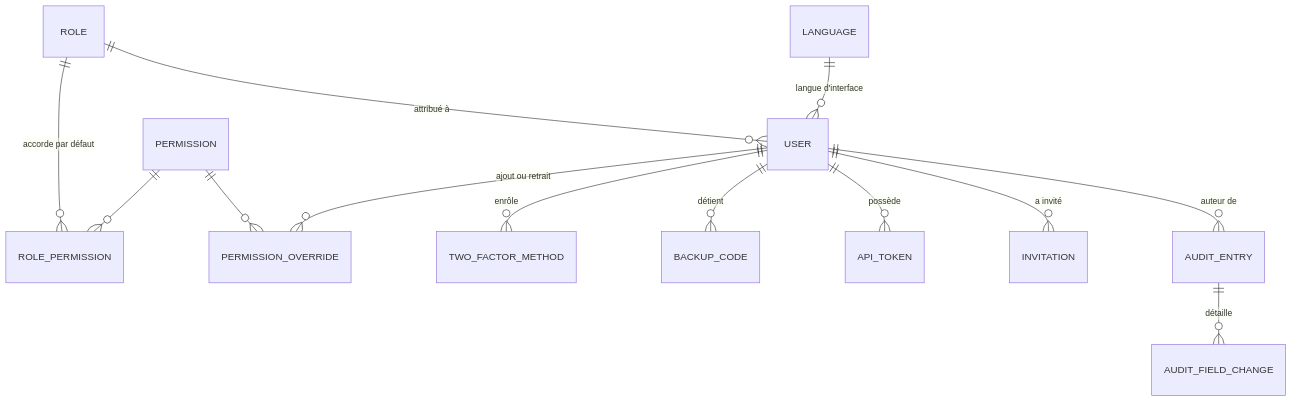
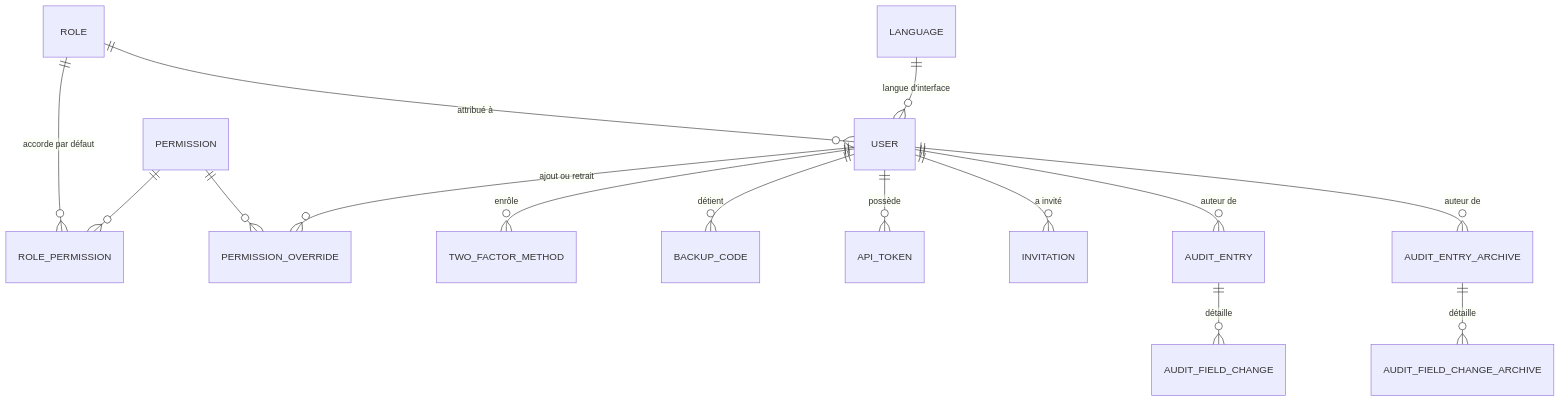
One commit to Proglab/proglab-skills changed the second of 3 diagrams in _bmad-output/planning-artifacts/architecture/architecture-proglab-skills-2026-09-09/ARCHITECTURE-SPINE.md. Above: the diagram before and after it, drawn with Mermaid. The commit also changed other lines of this file and 11 other files, not shown here.

````diff
--- a/_bmad-output/planning-artifacts/architecture/architecture-proglab-skills-2026-09-09/ARCHITECTURE-SPINE.md
+++ b/_bmad-output/planning-artifacts/architecture/architecture-proglab-skills-2026-09-09/ARCHITECTURE-SPINE.md
@@ -514,15 +617,17 @@
 ```mermaid
 erDiagram
     ROLE ||--o{ USER : "attribué à"
     ROLE ||--o{ ROLE_PERMISSION : "accorde par défaut"
     PERMISSION ||--o{ ROLE_PERMISSION : ""
     PERMISSION ||--o{ PERMISSION_OVERRIDE : ""
     USER ||--o{ PERMISSION_OVERRIDE : "ajout ou retrait"
     USER ||--o{ TWO_FACTOR_METHOD : "enrôle"
     USER ||--o{ BACKUP_CODE : "détient"
     USER ||--o{ API_TOKEN : "possède"
     USER ||--o{ INVITATION : "a invité"
     USER ||--o{ AUDIT_ENTRY : "auteur de"
     AUDIT_ENTRY ||--o{ AUDIT_FIELD_CHANGE : "détaille"
+    AUDIT_ENTRY_ARCHIVE ||--o{ AUDIT_FIELD_CHANGE_ARCHIVE : "détaille"
+    USER ||--o{ AUDIT_ENTRY_ARCHIVE : "auteur de"
     LANGUAGE ||--o{ USER : "langue d'interface"
 ```
````
